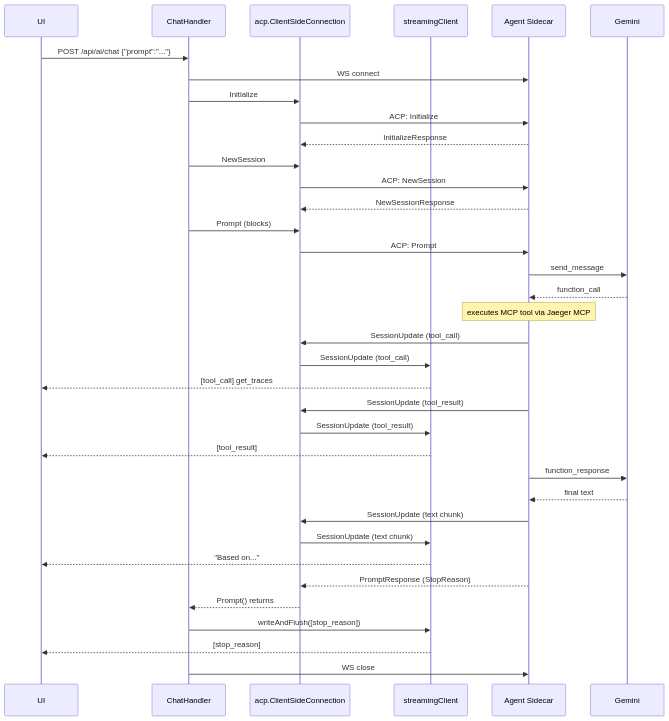
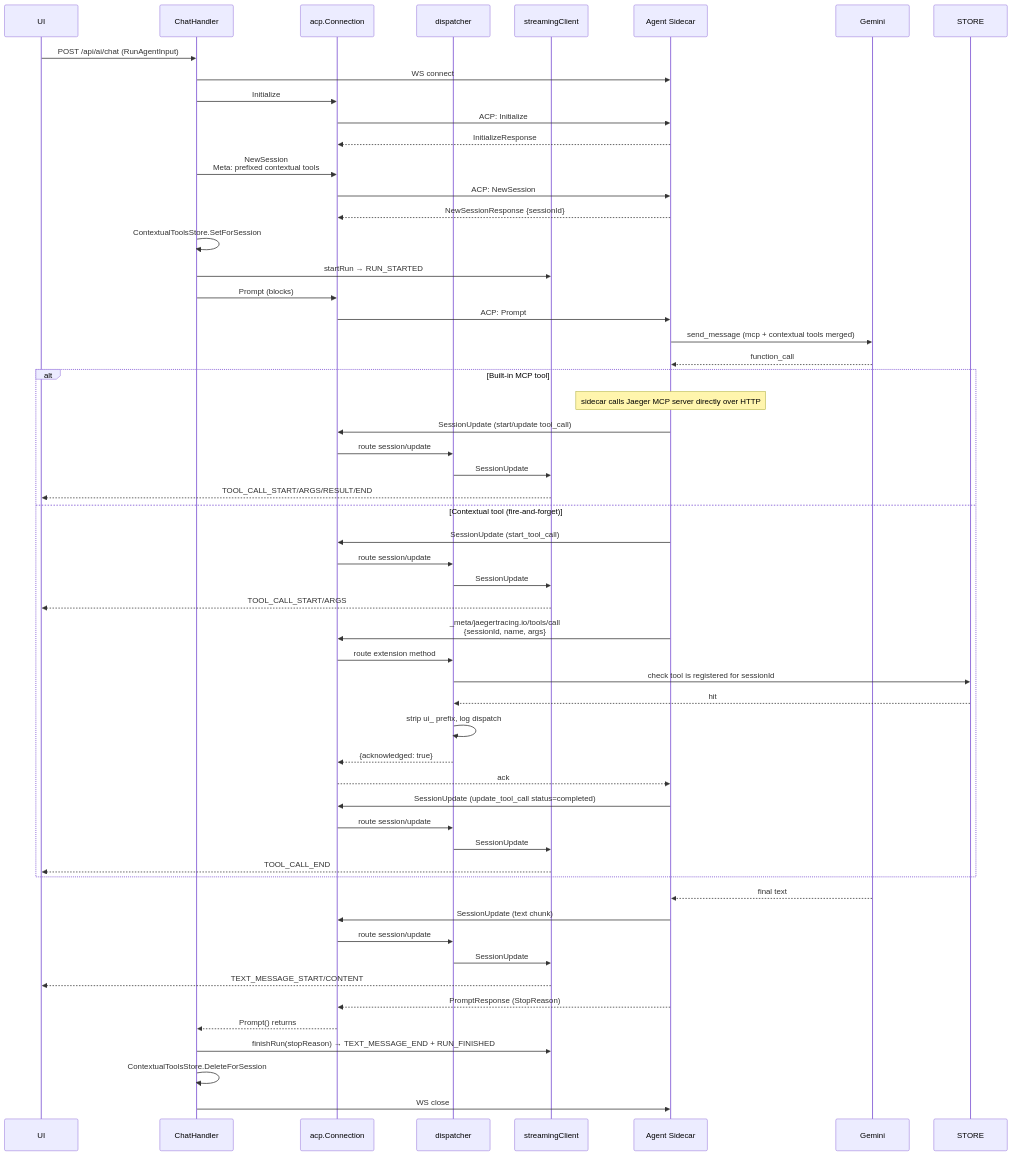
The second of 2 diagrams in cmd/jaeger/internal/extension/jaegerquery/internal/jaegerai/README.md (codacy-open-source-projects-scans/jaeger), drawn with Mermaid before and after one commit. The commit also changed other lines of this file and 1274 other files, not shown here.

````diff
--- a/cmd/jaeger/internal/extension/jaegerquery/internal/jaegerai/README.md
+++ b/cmd/jaeger/internal/extension/jaegerquery/internal/jaegerai/README.md
@@ -74,42 +156,61 @@
 ```mermaid
 sequenceDiagram
     participant UI
     participant ChatHandler
-    participant acpConn as acp.ClientSideConnection
+    participant acpConn as acp.Connection
+    participant DSP as dispatcher
     participant SC as streamingClient
     participant Sidecar as Agent Sidecar
     participant Gemini
 
-    UI->>ChatHandler: POST /api/ai/chat {"prompt":"..."}
+    UI->>ChatHandler: POST /api/ai/chat (RunAgentInput)
     ChatHandler->>Sidecar: WS connect
     ChatHandler->>acpConn: Initialize
     acpConn->>Sidecar: ACP: Initialize
     Sidecar-->>acpConn: InitializeResponse
-    ChatHandler->>acpConn: NewSession
+    ChatHandler->>acpConn: NewSession<br>Meta: prefixed contextual tools
     acpConn->>Sidecar: ACP: NewSession
-    Sidecar-->>acpConn: NewSessionResponse
+    Sidecar-->>acpConn: NewSessionResponse {sessionId}
+    ChatHandler->>ChatHandler: ContextualToolsStore.SetForSession
+    ChatHandler->>SC: startRun → RUN_STARTED
     ChatHandler->>acpConn: Prompt (blocks)
     acpConn->>Sidecar: ACP: Prompt
 
-    Sidecar->>Gemini: send_message
+    Sidecar->>Gemini: send_message (mcp + contextual tools merged)
     Gemini-->>Sidecar: function_call
-    Note over Sidecar: executes MCP tool via Jaeger MCP
-    Sidecar->>acpConn: SessionUpdate (tool_call)
-    acpConn->>SC: SessionUpdate (tool_call)
-    SC-->>UI: [tool_call] get_traces
-    Sidecar->>acpConn: SessionUpdate (tool_result)
-    acpConn->>SC: SessionUpdate (tool_result)
-    SC-->>UI: [tool_result]
-    Sidecar->>Gemini: function_response
+
+    alt Built-in MCP tool
+        Note over Sidecar: sidecar calls Jaeger MCP server directly over HTTP
+        Sidecar->>acpConn: SessionUpdate (start/update tool_call)
+        acpConn->>DSP: route session/update
+        DSP->>SC: SessionUpdate
+        SC-->>UI: TOOL_CALL_START/ARGS/RESULT/END
+    else Contextual tool (fire-and-forget)
+        Sidecar->>acpConn: SessionUpdate (start_tool_call)
+        acpConn->>DSP: route session/update
+        DSP->>SC: SessionUpdate
+        SC-->>UI: TOOL_CALL_START/ARGS
+        Sidecar->>acpConn: _meta/jaegertracing.io/tools/call<br>{sessionId, name, args}
+        acpConn->>DSP: route extension method
+        DSP->>STORE: check tool is registered for sessionId
+        STORE-->>DSP: hit
+        DSP->>DSP: strip ui_ prefix, log dispatch
+        DSP-->>acpConn: {acknowledged: true}
+        acpConn-->>Sidecar: ack
+        Sidecar->>acpConn: SessionUpdate (update_tool_call status=completed)
+        acpConn->>DSP: route session/update
+        DSP->>SC: SessionUpdate
+        SC-->>UI: TOOL_CALL_END
+    end
+
     Gemini-->>Sidecar: final text
-
     Sidecar->>acpConn: SessionUpdate (text chunk)
-    acpConn->>SC: SessionUpdate (text chunk)
-    SC-->>UI: "Based on..."
-
+    acpConn->>DSP: route session/update
+    DSP->>SC: SessionUpdate
+    SC-->>UI: TEXT_MESSAGE_START/CONTENT
     Sidecar-->>acpConn: PromptResponse (StopReason)
     acpConn-->>ChatHandler: Prompt() returns
-    ChatHandler->>SC: writeAndFlush([stop_reason])
-    SC-->>UI: [stop_reason]
+    ChatHandler->>SC: finishRun(stopReason) → TEXT_MESSAGE_END + RUN_FINISHED
+    ChatHandler->>ChatHandler: ContextualToolsStore.DeleteForSession
     ChatHandler->>Sidecar: WS close
 ```
````
